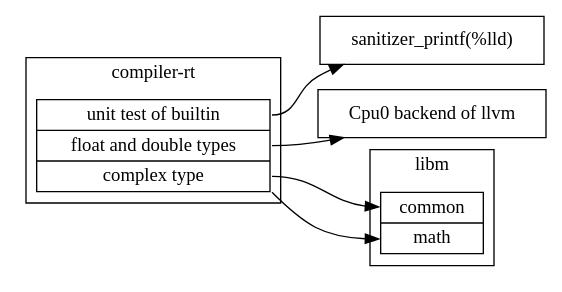
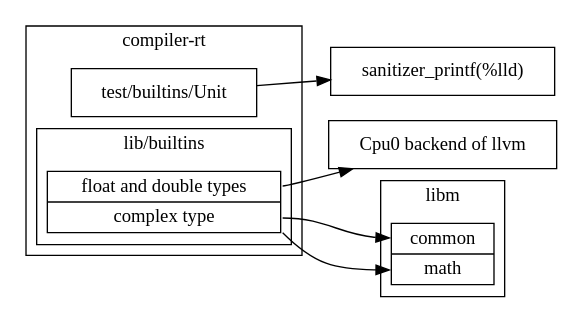
The diagram in Fig/lib/compiler-rt-dep-short.gv (Jonathan2251/lbt), drawn with Graphviz before and after one commit. The commit also changed 2 other files, not shown here.

Commit message:
lib.rst: compiler-rt-dep.gv

```diff
--- a/Fig/lib/compiler-rt-dep-short.gv
+++ b/Fig/lib/compiler-rt-dep-short.gv
@@ -1,25 +1,29 @@
 // dot -Tpng compiler-rt-dep-short.gv -o compiler-rt-dep-short.png
 digraph G {
   rankdir=LR;
 
   compound=true;
   node [shape=record];
 
   subgraph cluster_compiler_rt {
     label = "compiler-rt";
-    compiler_rt [label="<ut> unit test of builtin | <fdt> float and double types | <ct> complex type"];
+    utb [label="test/builtins/Unit"];
+    subgraph cluster_builtins {
+      label = "lib/builtins";
+      builtins [label="<fdt> float and double types | <ct> complex type"];
+    }
   }
 
   node [label = "sanitizer_printf(%lld)"]; sanitizer_printf;
   node [label = "Cpu0 backend of llvm"]; cpu0;
 
   subgraph cluster_libm {
     label = "libm";
     libm [label="<c> common | <ma> math"];
   }
 
-  compiler_rt:ct -> libm:c;
-  compiler_rt:ct:se -> libm:ma;
-  compiler_rt:fdt -> cpu0;
-  compiler_rt:ut -> sanitizer_printf;
+  builtins:ct -> libm:c;
+  builtins:ct:se -> libm:ma;
+  builtins:fdt -> cpu0;
+  utb -> sanitizer_printf;
 }
```
